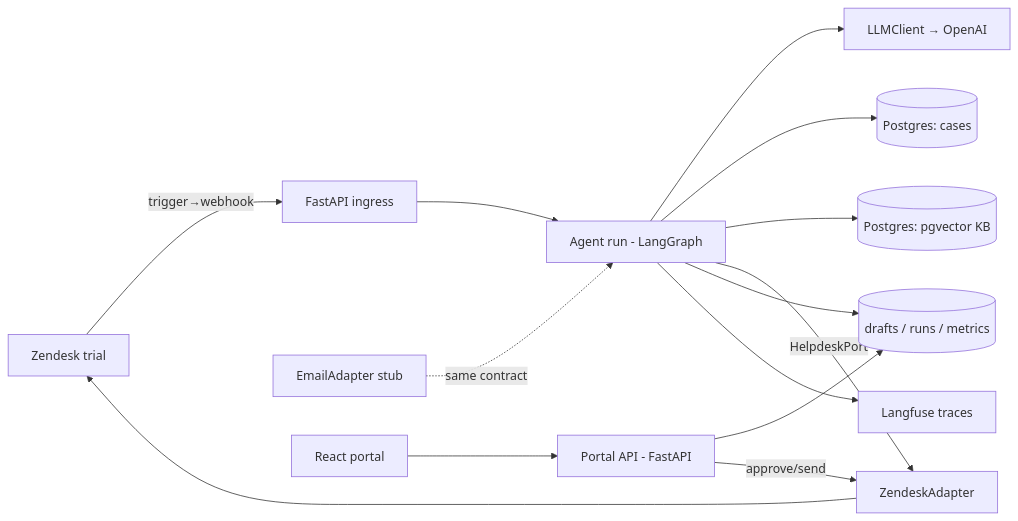
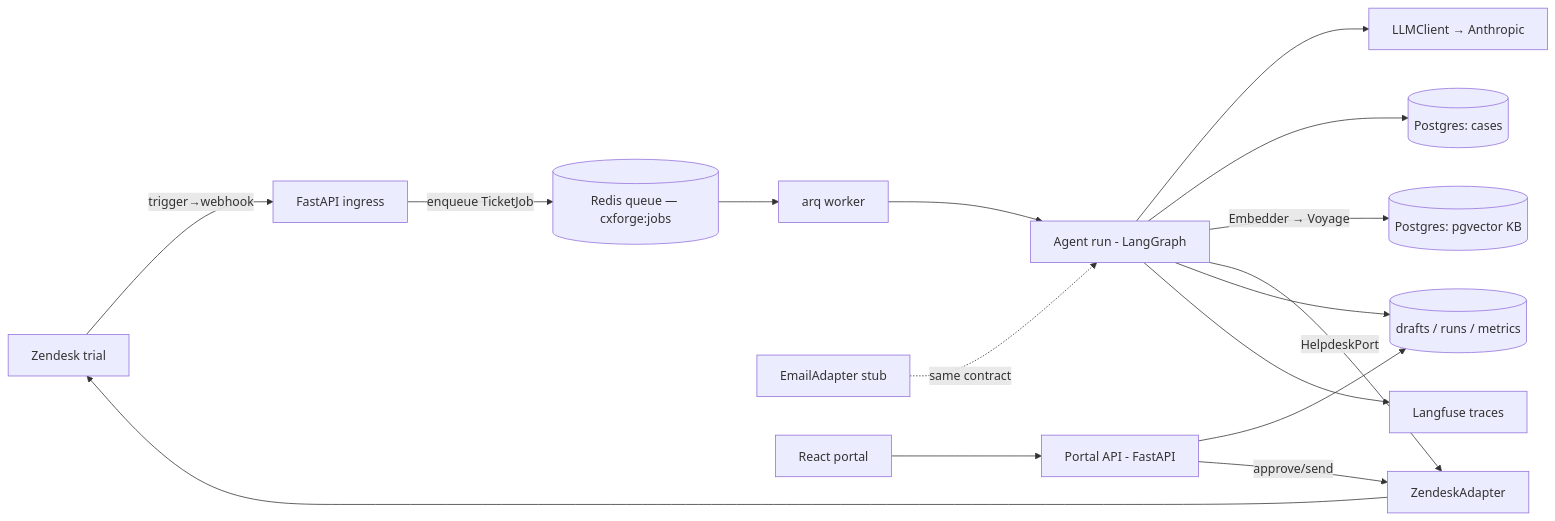
The diagram in docs/DESIGN.md (HankH18/cxforge), drawn with Mermaid before and after one commit. The commit also changed other lines of this file and 8 other files, not shown here.

````diff
--- a/docs/DESIGN.md
+++ b/docs/DESIGN.md
@@ -5,15 +12,17 @@
 ```mermaid
 graph LR
     ZD[Zendesk trial] -- trigger→webhook --> IN[FastAPI ingress]
-    IN --> RUN[Agent run - LangGraph]
-    RUN --> LLM[LLMClient → OpenAI]
+    IN -- enqueue TicketJob --> Q[("Redis queue — cxforge:jobs")]
+    Q --> WK[arq worker]
+    WK --> RUN[Agent run - LangGraph]
+    RUN --> LLM[LLMClient → Anthropic]
     RUN --> CS[(Postgres: cases)]
-    RUN --> KB[(Postgres: pgvector KB)]
+    RUN -- Embedder → Voyage --> KB[(Postgres: pgvector KB)]
     RUN -- HelpdeskPort --> ZA[ZendeskAdapter] --> ZD
     EA[EmailAdapter stub] -. same contract .-> RUN
     RUN --> DR[(drafts / runs / metrics)]
     P[React portal] --> API[Portal API - FastAPI]
     API --> DR
     API -- approve/send --> ZA
     RUN --> LF[Langfuse traces]
 ```
````
